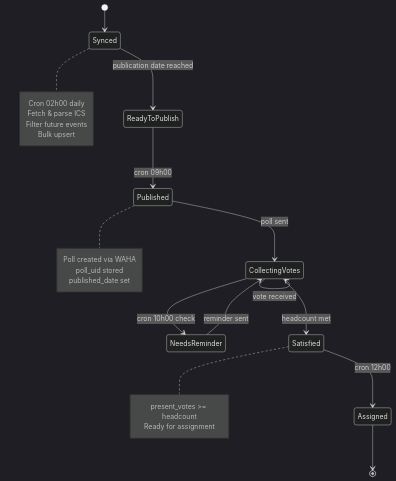
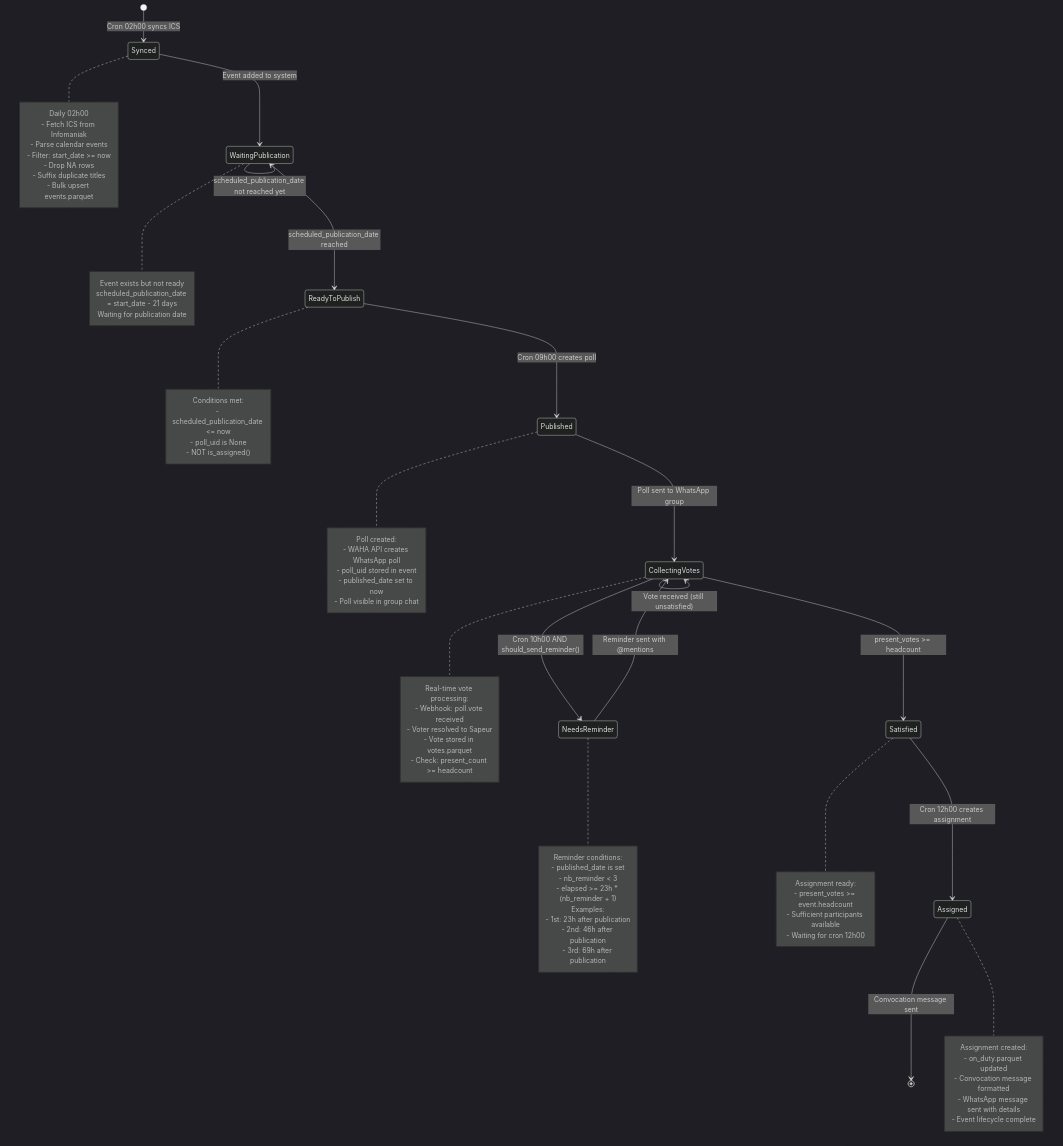
Before and after one commit to Gardebot/Gardebot: the diagram in README.md, drawn with Mermaid (dark theme). The commit also changed other lines of this file, not shown here.

````diff
--- a/README.md
+++ b/README.md
@@ -112,31 +5,88 @@
 ```mermaid
 stateDiagram-v2
-    [*] --> Synced
-    Synced --> ReadyToPublish: publication date reached
-    ReadyToPublish --> Published: cron 09h00
-    Published --> CollectingVotes: poll sent
-    CollectingVotes --> CollectingVotes: vote received
-    CollectingVotes --> NeedsReminder: cron 10h00 check
-    CollectingVotes --> Satisfied: headcount met
-    NeedsReminder --> CollectingVotes: reminder sent
-    Satisfied --> Assigned: cron 12h00
-    Assigned --> [*]
+    [*] --> Synced: Cron 02h00 syncs ICS
+    
+    Synced --> WaitingPublication: Event added to system
+    
+    WaitingPublication --> WaitingPublication: scheduled_publication_date not reached yet
+    WaitingPublication --> ReadyToPublish: scheduled_publication_date reached
+    
+    ReadyToPublish --> Published: Cron 09h00 creates poll
+    
+    Published --> CollectingVotes: Poll sent to WhatsApp group
+    
+    CollectingVotes --> CollectingVotes: Vote received (still unsatisfied)
+    CollectingVotes --> NeedsReminder: Cron 10h00 AND should_send_reminder()
+    CollectingVotes --> Satisfied: present_votes >= headcount
+    
+    NeedsReminder --> CollectingVotes: Reminder sent with @mentions
+    
+    Satisfied --> Assigned: Cron 12h00 creates assignment
+    
+    Assigned --> [*]: Convocation message sent
     
     note right of Synced
-        Cron 02h00 daily
-        Fetch & parse ICS
-        Filter future events
-        Bulk upsert
+        Daily 02h00
+        - Fetch ICS from Infomaniak
+        - Parse calendar events
+        - Filter: start_date >= now
+        - Drop NA rows
+        - Suffix duplicate titles
+        - Bulk upsert events.parquet
+    end note
+    
+    note right of WaitingPublication
+        Event exists but not ready
+        scheduled_publication_date = start_date - 21 days
+        Waiting for publication date
+    end note
+    
+    note right of ReadyToPublish
+        Conditions met:
+        - scheduled_publication_date <= now
+        - poll_uid is None
+        - NOT is_assigned()
     end note
     
     note right of Published
-        Poll created via WAHA
-        poll_uid stored
-        published_date set
+        Poll created:
+        - WAHA API creates WhatsApp poll
+        - poll_uid stored in event
+        - published_date set to now
+        - Poll visible in group chat
+    end note
+    
+    note right of CollectingVotes
+        Real-time vote processing:
+        - Webhook: poll.vote received
+        - Voter resolved to Sapeur
+        - Vote stored in votes.parquet
+        - Check: present_count >= headcount
+    end note
+    
+    note right of NeedsReminder
+        Reminder conditions:
+        - published_date is set
+        - nb_reminder < 3
+        - elapsed >= 23h * (nb_reminder + 1)
+        Examples:
+        - 1st: 23h after publication
+        - 2nd: 46h after publication
+        - 3rd: 69h after publication
     end note
     
     note right of Satisfied
-        present_votes >= headcount
-        Ready for assignment
+        Assignment ready:
+        - present_votes >= event.headcount
+        - Sufficient participants available
+        - Waiting for cron 12h00
+    end note
+    
+    note right of Assigned
+        Assignment created:
+        - on_duty.parquet updated
+        - Convocation message formatted
+        - WhatsApp message sent with details
+        - Event lifecycle complete
     end note
 ```
````
